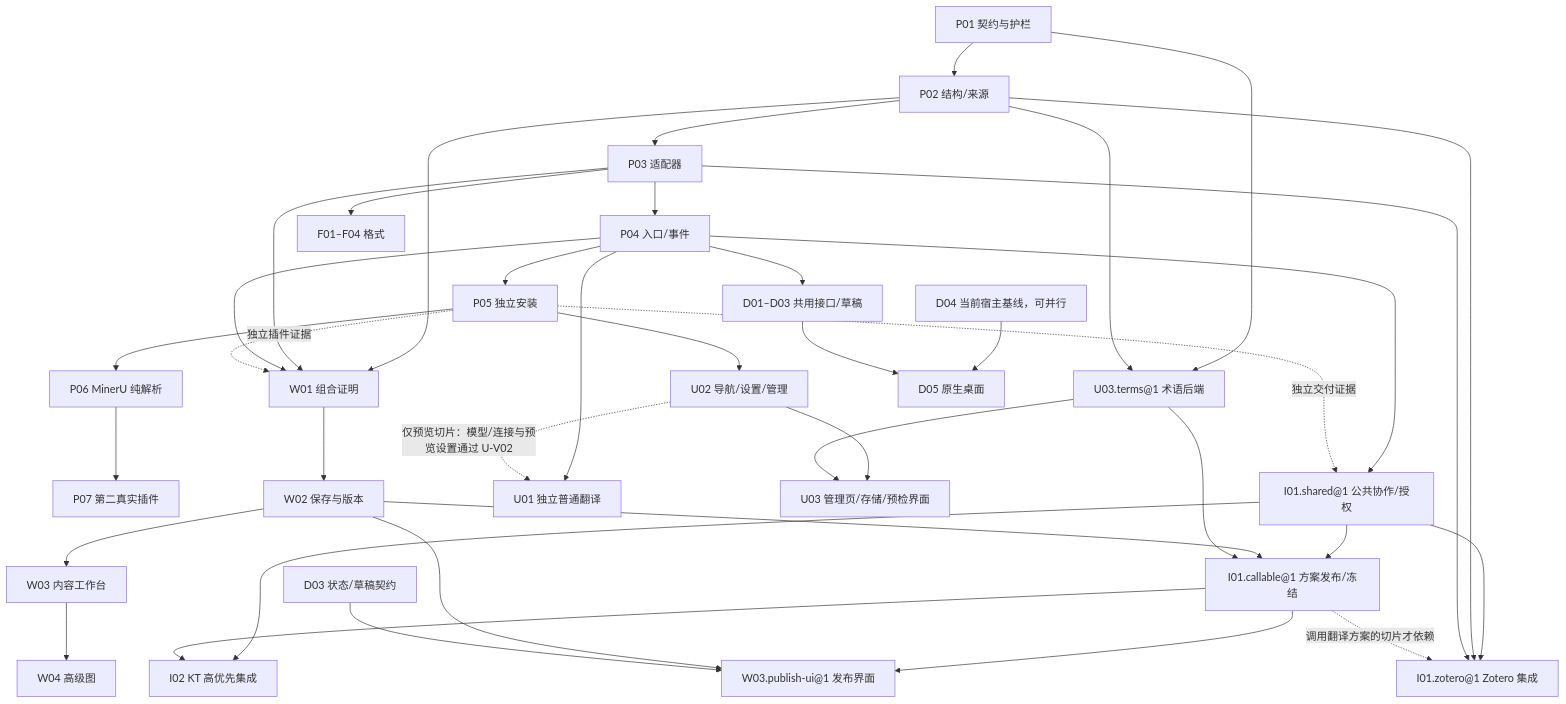
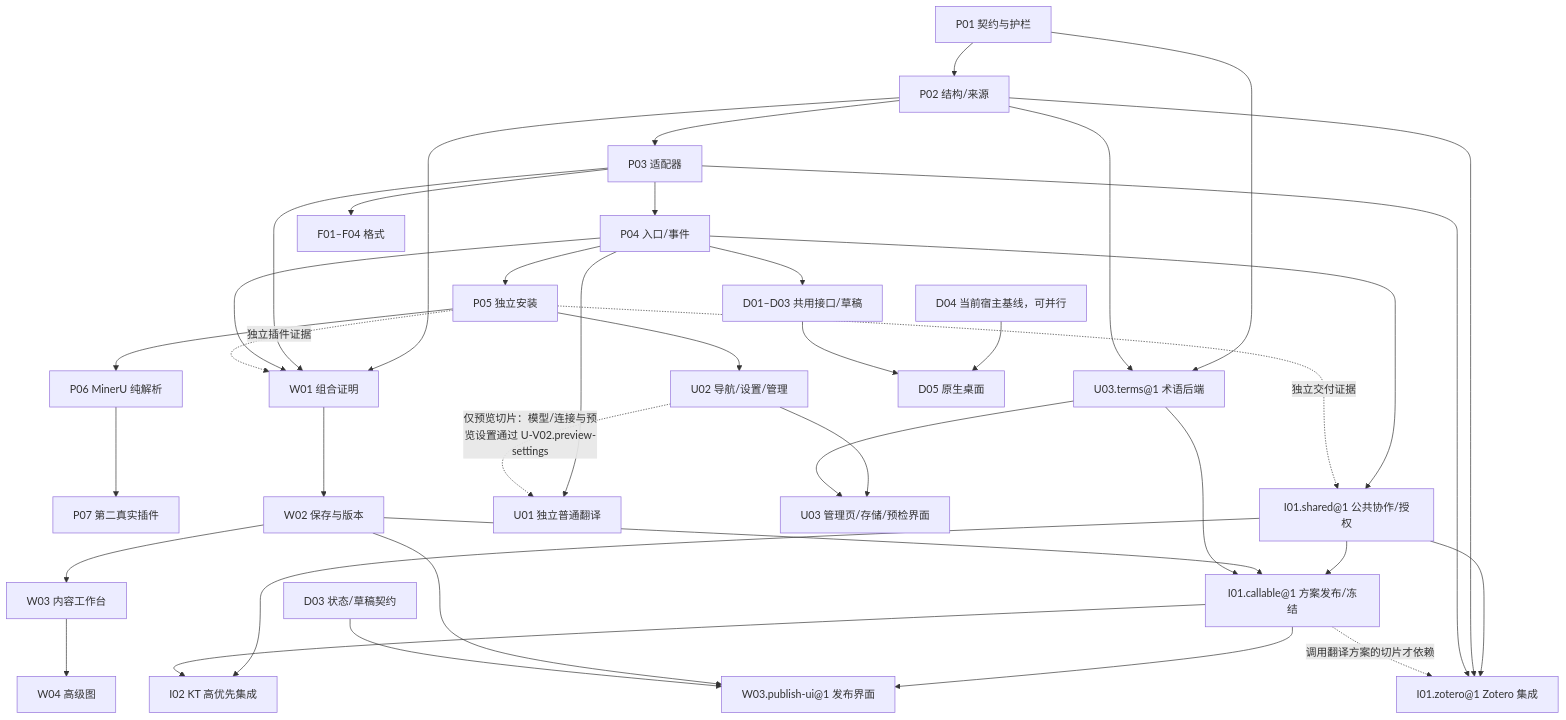
One commit to KongouAirlines/ivoraige changed the diagram in docs/plan/0.1.x/README.md. Above: the diagram before and after it, drawn with Mermaid. The commit also changed other lines of this file and 8 other files, not shown here.

Commit message:
docs(0.1.x): isolate preview settings acceptance

````diff
--- a/docs/plan/0.1.x/README.md
+++ b/docs/plan/0.1.x/README.md
@@ -29,41 +29,41 @@
 ```mermaid
 flowchart TD
   P01["P01 契约与护栏"] --> P02["P02 结构/来源"]
   P02 --> P03["P03 适配器"]
   P03 --> P04["P04 入口/事件"]
   P04 --> P05["P05 独立安装"]
   P05 --> P06["P06 MinerU 纯解析"]
   P06 --> P07["P07 第二真实插件"]
   P02 --> W01["W01 组合证明"]
   P03 --> W01
   P04 --> W01
   P05 -. "独立插件证据" .-> W01
   W01 --> W02["W02 保存与版本"]
   W02 --> W03["W03 内容工作台"]
   W03 --> W04["W04 高级图"]
   P04 --> U01["U01 独立普通翻译"]
   P05 --> U02["U02 导航/设置/管理"]
-  U02 -. "仅预览切片：模型/连接与预览设置通过 U-V02" .-> U01
+  U02 -. "仅预览切片：模型/连接与预览设置通过 U-V02.preview-settings" .-> U01
   U02 --> U03["U03 管理页/存储/预检界面"]
   P03 --> Formats["F01–F04 格式"]
   P04 --> SharedAPI["I01.shared@1 公共协作/授权"]
   SharedAPI --> Callable["I01.callable@1 方案发布/冻结"]
   W02 --> Callable
   P01 --> Terms["U03.terms@1 术语后端"]
   P02 --> Terms
   Terms --> Callable
   Terms --> U03
   SharedAPI --> Zotero["I01.zotero@1 Zotero 集成"]
   P02 --> Zotero
   P03 --> Zotero
   Callable -. "调用翻译方案的切片才依赖" .-> Zotero
   SharedAPI --> I02["I02 KT 高优先集成"]
   Callable --> I02
   Callable --> PublishUI["W03.publish-ui@1 发布界面"]
   W02 --> PublishUI
   D03["D03 状态/草稿契约"] --> PublishUI
   P05 -. "独立交付证据" .-> SharedAPI
   D04["D04 当前宿主基线，可并行"] --> D05["D05 原生桌面"]
   P04 --> Desktop["D01–D03 共用接口/草稿"]
   Desktop --> D05
 ```
````
